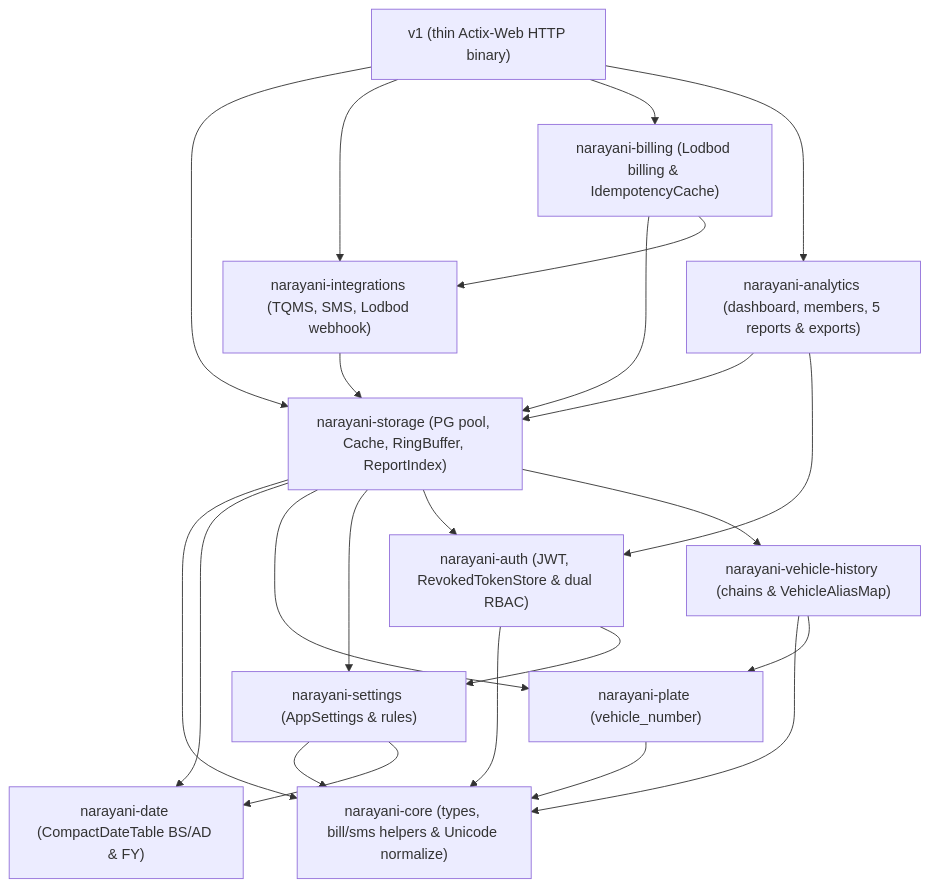
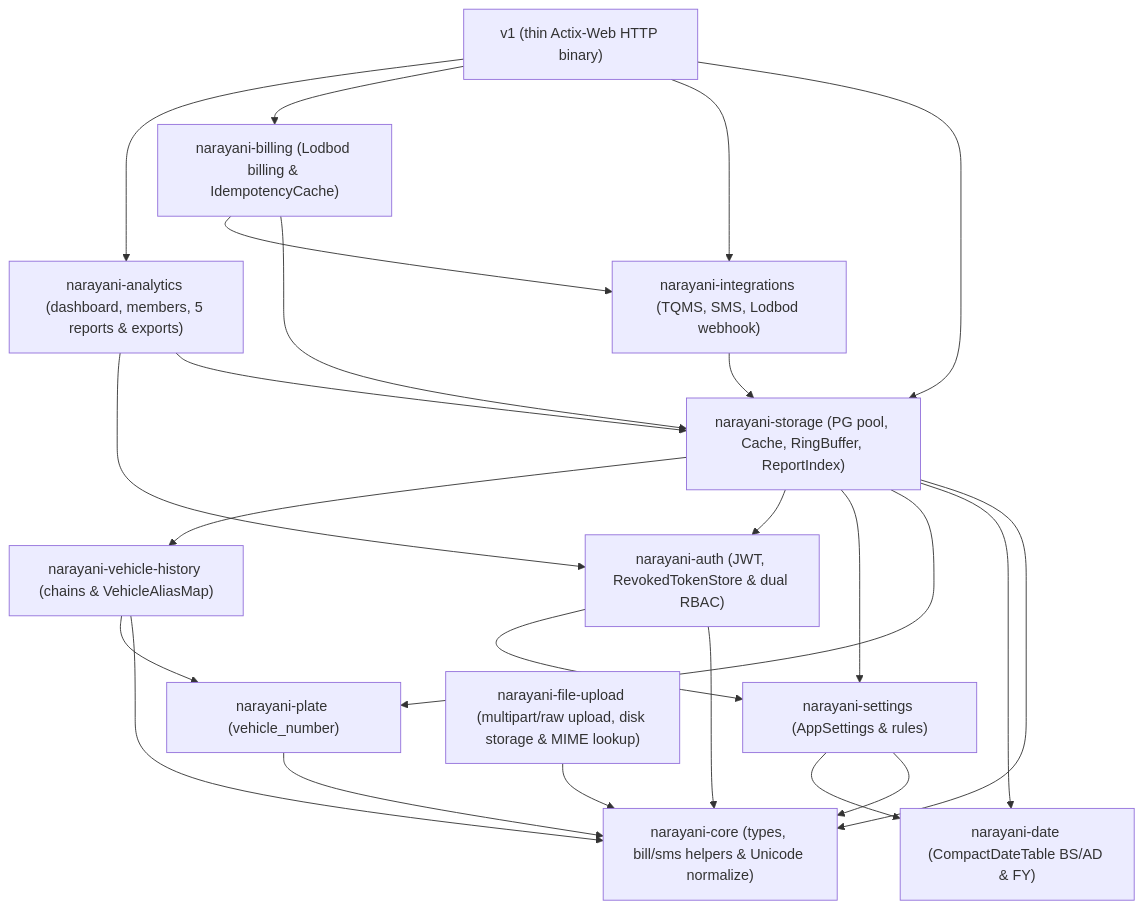
Before and after one commit to anishpoudellodbod-dev/v1: the diagram in backend.md, drawn with Mermaid. The commit also changed other lines of this file and 3 other files, not shown here.

````diff
--- a/backend.md
+++ b/backend.md
@@ -309,44 +315,46 @@
 ```mermaid
 flowchart TD
     L0_core["narayani-core (types, bill/sms helpers & Unicode normalize)"]
     L0_plate["narayani-plate (vehicle_number)"]
     L0_date["narayani-date (CompactDateTable BS/AD & FY)"]
 
     L1_settings["narayani-settings (AppSettings & rules)"]
     L1_auth["narayani-auth (JWT, RevokedTokenStore & dual RBAC)"]
     L1_vhist["narayani-vehicle-history (chains & VehicleAliasMap)"]
+    L1_fupload["narayani-file-upload (multipart/raw upload, disk storage & MIME lookup)"]
 
     L2_storage["narayani-storage (PG pool, Cache, RingBuffer, ReportIndex)"]
 
     L3_integ["narayani-integrations (TQMS, SMS, Lodbod webhook)"]
     L3_billing["narayani-billing (Lodbod billing & IdempotencyCache)"]
     L3_analytics["narayani-analytics (dashboard, members, 5 reports & exports)"]
 
     L4_bin["v1 (thin Actix-Web HTTP binary)"]
 
     L0_plate --> L0_core
     L1_settings --> L0_core
     L1_settings --> L0_date
     L1_auth --> L0_core
     L1_auth --> L1_settings
     L1_vhist --> L0_core
     L1_vhist --> L0_plate
+    L1_fupload --> L0_core
 
     L2_storage --> L0_core
     L2_storage --> L0_date
     L2_storage --> L0_plate
     L2_storage --> L1_settings
     L2_storage --> L1_auth
     L2_storage --> L1_vhist
 
     L3_integ --> L2_storage
     L3_billing --> L2_storage
     L3_billing --> L3_integ
     L3_analytics --> L2_storage
     L3_analytics --> L1_auth
 
     L4_bin --> L2_storage
     L4_bin --> L3_integ
     L4_bin --> L3_billing
     L4_bin --> L3_analytics
 ```
````
